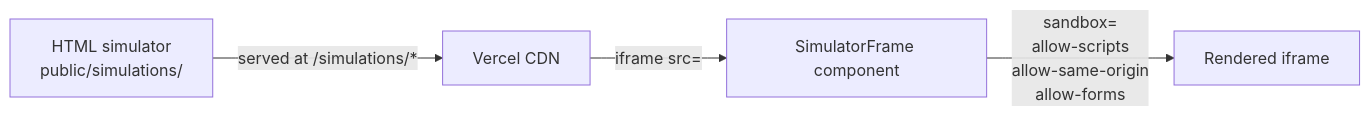
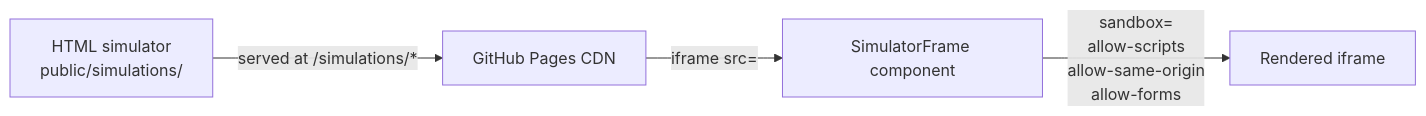
One commit to Advirao/blog changed the fourth of 7 diagrams in docs/architecture.md. Above: the diagram before and after it, drawn with Mermaid. The commit also changed other lines of this file and 2 other files, not shown here.

First line of the commit message:
docs: remove stale Vercel/content references from all MD files

````diff
--- a/docs/architecture.md
+++ b/docs/architecture.md
@@ -97,6 +97,6 @@
 ```mermaid
 flowchart LR
-    HTML[HTML simulator\npublic/simulations/] -->|served at /simulations/*| CDN[Vercel CDN]
+    HTML[HTML simulator\npublic/simulations/] -->|served at /simulations/*| CDN[GitHub Pages CDN]
     CDN -->|iframe src=| SF[SimulatorFrame component]
     SF -->|sandbox=\nallow-scripts\nallow-same-origin\nallow-forms| IF[Rendered iframe]
 ```
````
